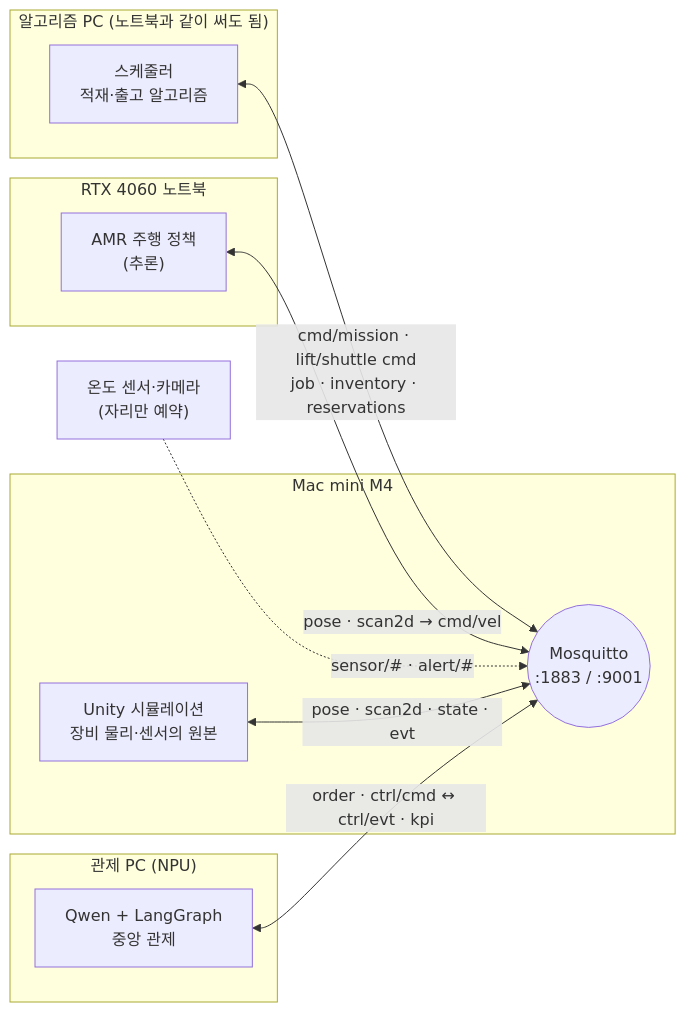
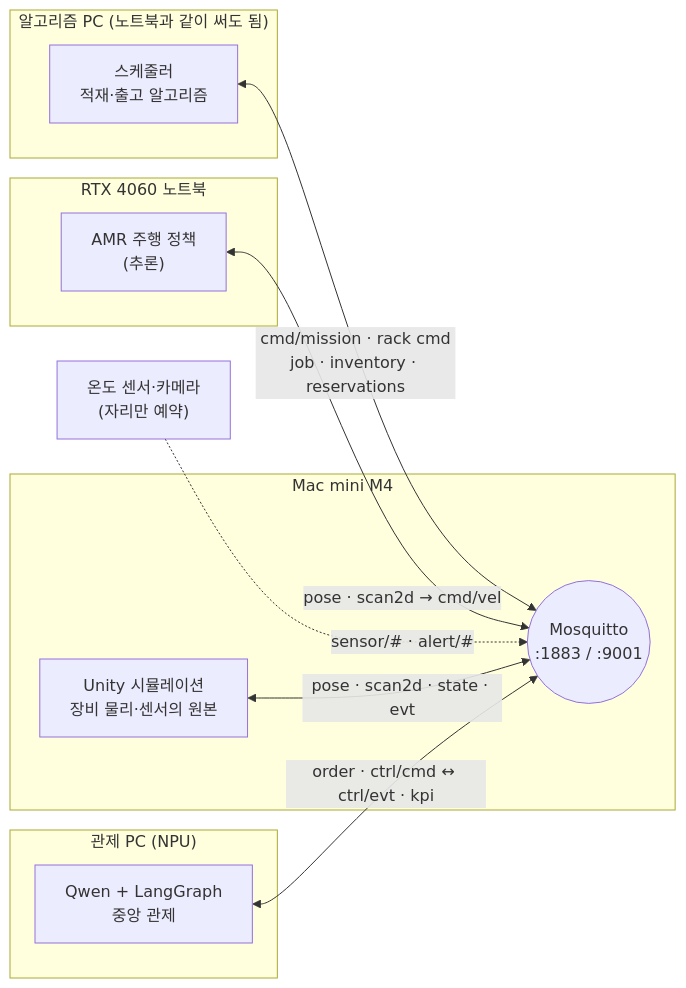
One commit to jml94-back/Fulfillment_Algorithm changed the first of 6 diagrams in comm/README.md. Above: the diagram before and after it, drawn with Mermaid. The commit also changed other lines of this file and 100 other files, not shown here.

````diff
--- a/comm/README.md
+++ b/comm/README.md
@@ -23,22 +23,22 @@
 ```mermaid
 flowchart LR
   subgraph MAC["Mac mini M4"]
     U["Unity 시뮬레이션<br/>장비 물리·센서의 원본"]
     B(("Mosquitto<br/>:1883 / :9001"))
   end
   subgraph LAP["RTX 4060 노트북"]
     RL["AMR 주행 정책<br/>(추론)"]
   end
   subgraph ALG["알고리즘 PC (노트북과 같이 써도 됨)"]
     S["스케줄러<br/>적재·출고 알고리즘"]
   end
   subgraph NPU["관제 PC (NPU)"]
     C["Qwen + LangGraph<br/>중앙 관제"]
   end
   SEN["온도 센서·카메라<br/>(자리만 예약)"]
   U <-->|pose · scan2d · state · evt| B
-  S <-->|cmd/mission · lift/shuttle cmd<br/>job · inventory · reservations| B
+  S <-->|cmd/mission · rack cmd<br/>job · inventory · reservations| B
   RL <-->|pose · scan2d → cmd/vel| B
   C <-->|order · ctrl/cmd ↔ ctrl/evt · kpi| B
   SEN -.->|sensor/# · alert/#| B
 ```
````
